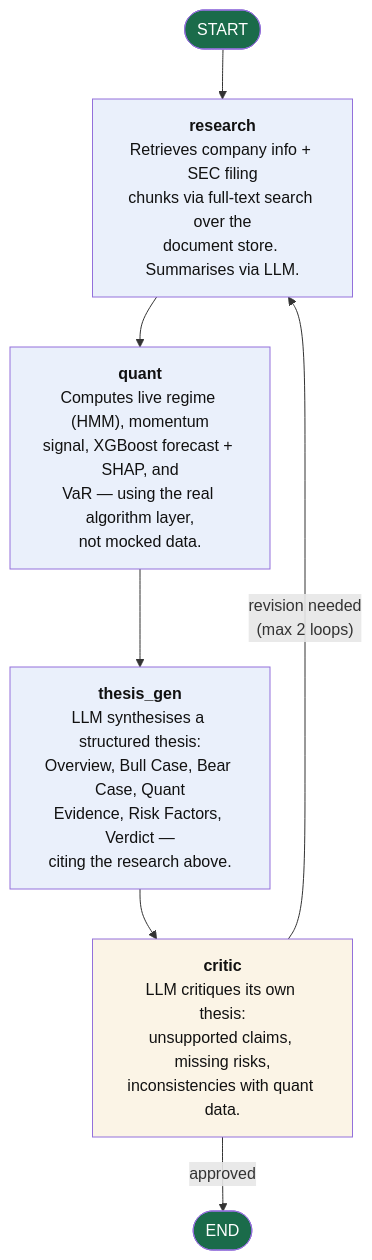
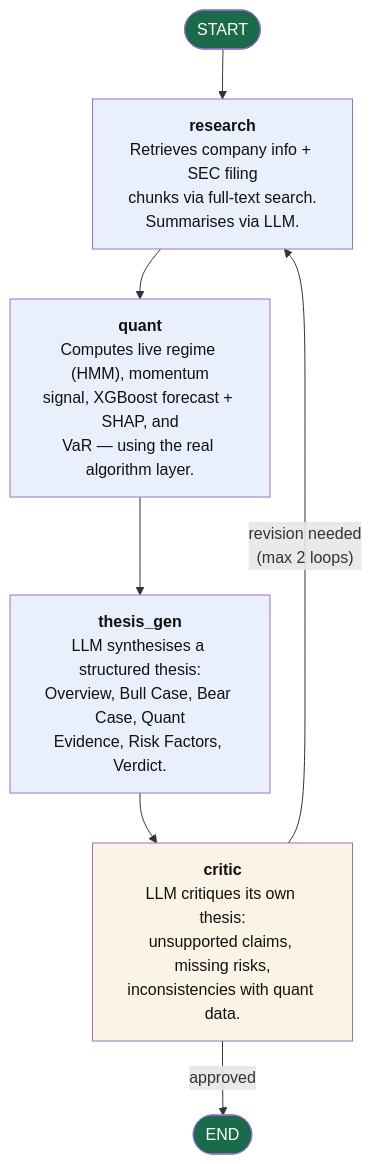
Before and after one commit to CodeRockerr/AEQUITAS: the second of 2 diagrams in README.md, drawn with Mermaid. The commit also changed other lines of this file and 1 other file, not shown here.

````diff
--- a/README.md
+++ b/README.md
@@ -209,25 +209,25 @@
 ```mermaid
 flowchart TD
     START(["START"]) --> research
 
-    research["<b>research</b><br/>Retrieves company info + SEC filing<br/>chunks via full-text search over the<br/>document store. Summarises via LLM."]
+    research["<b>research</b><br/>Retrieves company info + SEC filing<br/>chunks via full-text search.<br/>Summarises via LLM."]
     research --> quant
 
-    quant["<b>quant</b><br/>Computes live regime (HMM), momentum<br/>signal, XGBoost forecast + SHAP, and<br/>VaR — using the real algorithm layer,<br/>not mocked data."]
+    quant["<b>quant</b><br/>Computes live regime (HMM), momentum<br/>signal, XGBoost forecast + SHAP, and<br/>VaR — using the real algorithm layer."]
     quant --> thesis_gen
 
-    thesis_gen["<b>thesis_gen</b><br/>LLM synthesises a structured thesis:<br/>Overview, Bull Case, Bear Case, Quant<br/>Evidence, Risk Factors, Verdict —<br/>citing the research above."]
+    thesis_gen["<b>thesis_gen</b><br/>LLM synthesises a structured thesis:<br/>Overview, Bull Case, Bear Case, Quant<br/>Evidence, Risk Factors, Verdict."]
     thesis_gen --> critic
 
     critic["<b>critic</b><br/>LLM critiques its own thesis:<br/>unsupported claims, missing risks,<br/>inconsistencies with quant data."]
 
     critic -->|"revision needed<br/>(max 2 loops)"| research
     critic -->|"approved"| END(["END"])
 
     style START fill:#1A6B4A,color:#fff
     style END fill:#1A6B4A,color:#fff
     style research fill:#EAF0FB,color:#111
     style quant fill:#EAF0FB,color:#111
     style thesis_gen fill:#EAF0FB,color:#111
     style critic fill:#FBF4E6,color:#111
 ```
````
